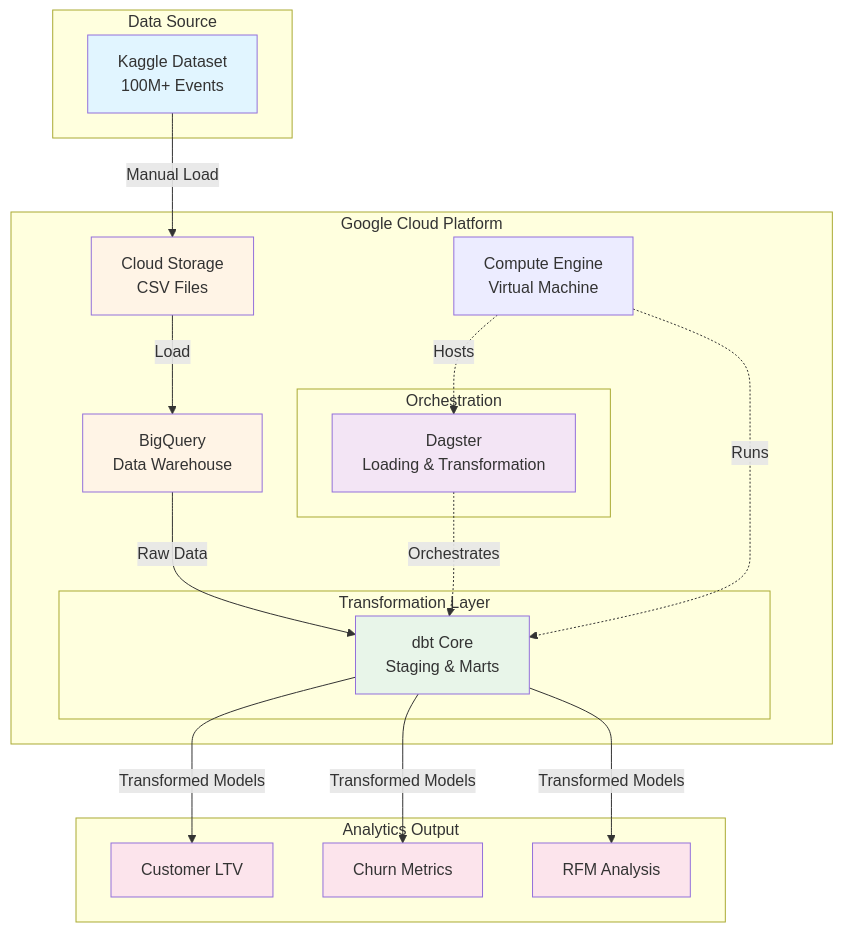
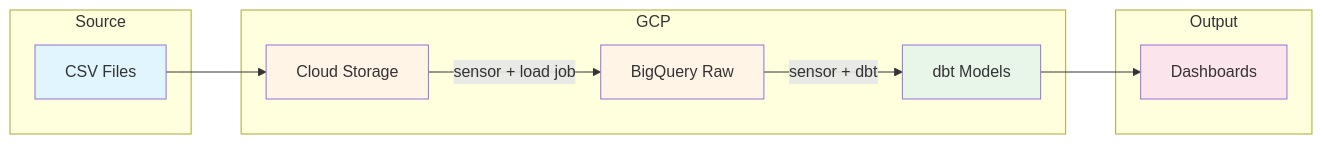
Before and after one commit to vbalalian/estore-analytics: the second of 2 diagrams in README.md, drawn with Mermaid. The commit also changed other lines of this file and 12 other files, not shown here.

````diff
--- a/README.md
+++ b/README.md
@@ -98,46 +97,27 @@
 ```mermaid
-graph TB
-    subgraph "Data Source"
-        A[Kaggle Dataset<br/>100M+ Events]
+flowchart LR
+    subgraph Source
+        A[CSV Files]
     end
-    
-    subgraph "Google Cloud Platform"
-        B[Cloud Storage<br/>CSV Files]
-        C[BigQuery<br/>Data Warehouse]
-        
-        subgraph "Transformation Layer"
-            D[dbt Core<br/>Staging & Marts]
-        end
-        
-        subgraph "Orchestration"
-            E[Dagster<br/>Loading & Transformation]
-        end
-        
-        F[Compute Engine<br/>Virtual Machine]
+
+    subgraph GCP
+        B[Cloud Storage]
+        C[BigQuery Raw]
+        D[dbt Models]
     end
-    
-    subgraph "Analytics Output"
-        G[Customer LTV]
-        H[Churn Metrics]
-        I[RFM Analysis]
+
+    subgraph Output
+        E[Dashboards]
     end
-    
-    A -->|Manual Load| B
-    B -->|Load| C
-    C -->|Raw Data| D
-    D -->|Transformed Models| G
-    D -->|Transformed Models| H
-    D -->|Transformed Models| I
-    E -.->|Orchestrates| D
-    F -.->|Hosts| E
-    F -.->|Runs| D
-    
+
+    A --> B
+    B -->|sensor + load job| C
+    C -->|sensor + dbt| D
+    D --> E
+
     style A fill:#e1f5ff
     style B fill:#fff4e6
     style C fill:#fff4e6
     style D fill:#e8f5e9
-    style E fill:#f3e5f5
-    style G fill:#fce4ec
-    style H fill:#fce4ec
-    style I fill:#fce4ec
+    style E fill:#fce4ec
 ```
````
